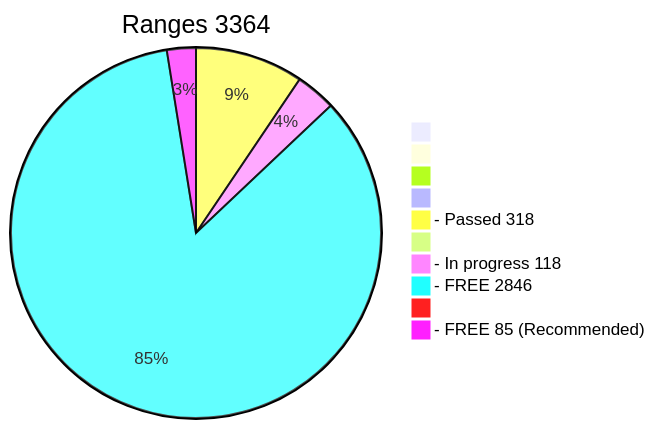
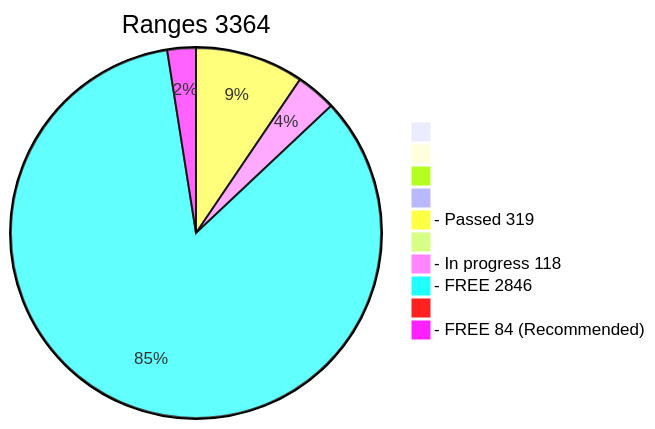
Before and after one commit to phrutis/wif500: the diagram in x64/Release/table.md, drawn with Mermaid. The commit also changed other lines of this file, not shown here.

````diff
--- a/x64/Release/table.md
+++ b/x64/Release/table.md
@@ -2,13 +2,13 @@
 ```mermaid
 pie title Ranges 3364
   " " : 0
   "  " : 0
   "   " : 0
   "    " : 0
-  "- Passed 318" : 318
+  "- Passed 319" : 319
   "     " : 0
   "- In progress 118" : 118
   "- FREE 2846" : 2846
   "      " : 0
-  "- FREE 85 (Recommended)" : 85
+  "- FREE 84 (Recommended)" : 84
 ```
````
